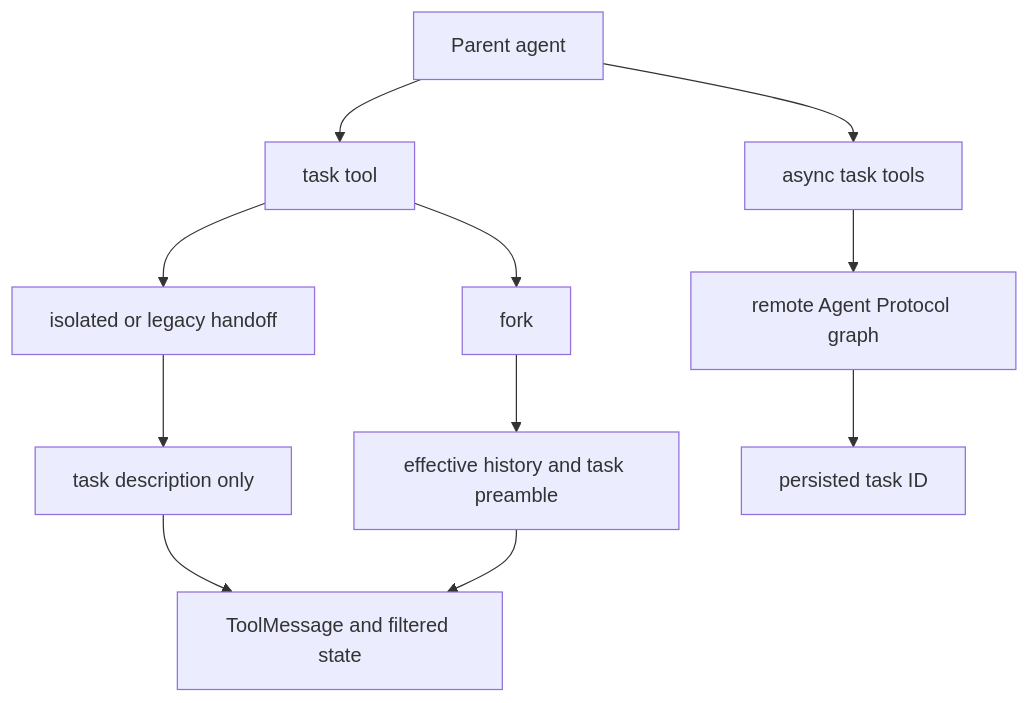
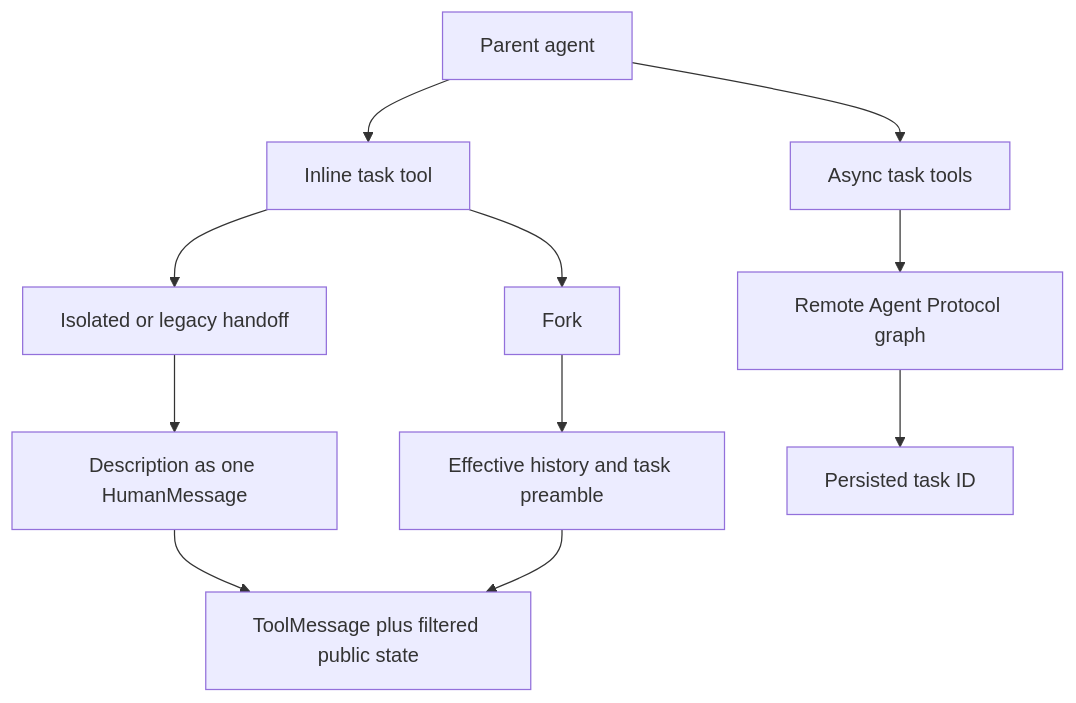
The diagram in openwiki/concepts/subagents-skills.md (langchain-ai/deepagents), drawn with Mermaid before and after one commit. The commit also changed other lines of this file and 63 other files, not shown here.

````diff
--- a/openwiki/concepts/subagents-skills.md
+++ b/openwiki/concepts/subagents-skills.md
@@ -41,13 +53,13 @@
 ```mermaid
 flowchart TD
-    Parent["Parent agent"] --> Task["task tool"]
-    Task --> Isolated["isolated or legacy handoff"]
-    Task --> Fork["fork"]
-    Isolated --> Fresh["task description only"]
-    Fork --> History["effective history and task preamble"]
-    Fresh --> Report["ToolMessage and filtered state"]
-    History --> Report
-    Parent --> AsyncTools["async task tools"]
-    AsyncTools --> Remote["remote Agent Protocol graph"]
-    Remote --> Handle["persisted task ID"]
+    Parent["Parent agent"] --> Task["Inline task tool"]
+    Task --> Isolated["Isolated or legacy handoff"]
+    Task --> Fork["Fork"]
+    Isolated --> Fresh["Description as one HumanMessage"]
+    Fork --> Context["Effective history and task preamble"]
+    Fresh --> Reply["ToolMessage plus filtered public state"]
+    Context --> Reply
+    Parent --> AsyncTools["Async task tools"]
+    AsyncTools --> Remote["Remote Agent Protocol graph"]
+    Remote --> Handle["Persisted task ID"]
 ```
````
